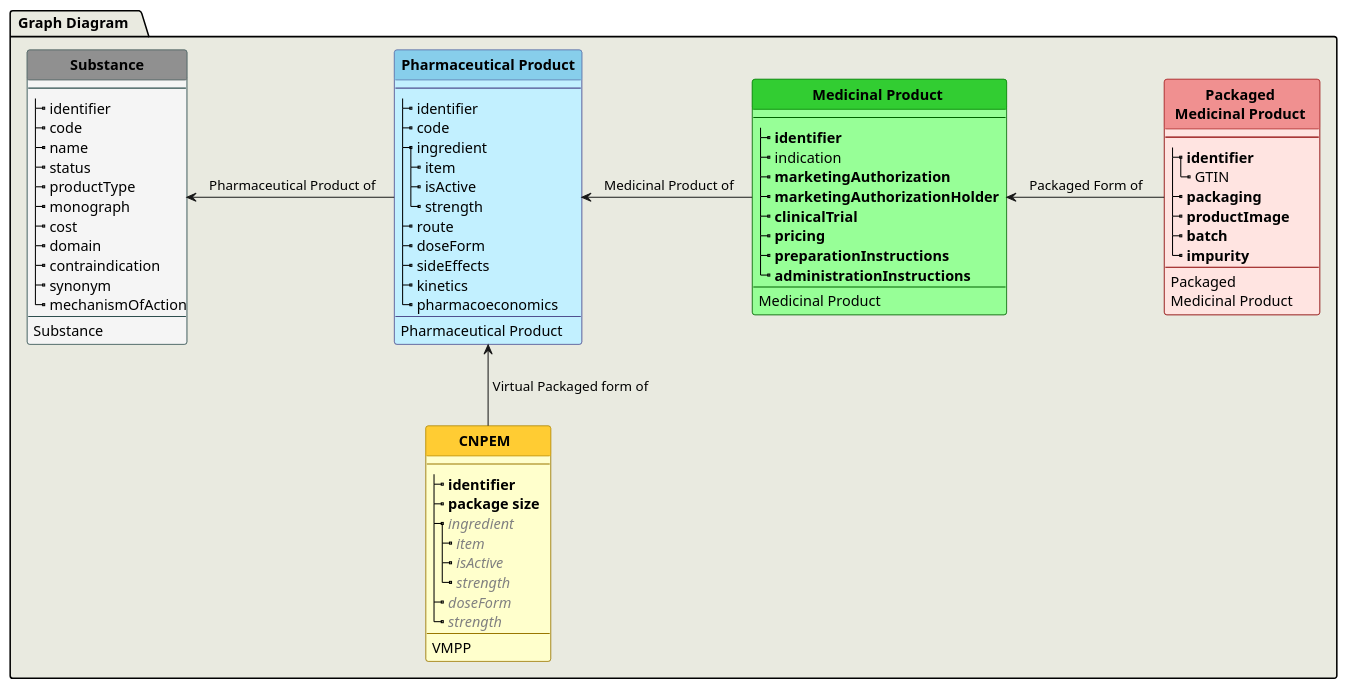
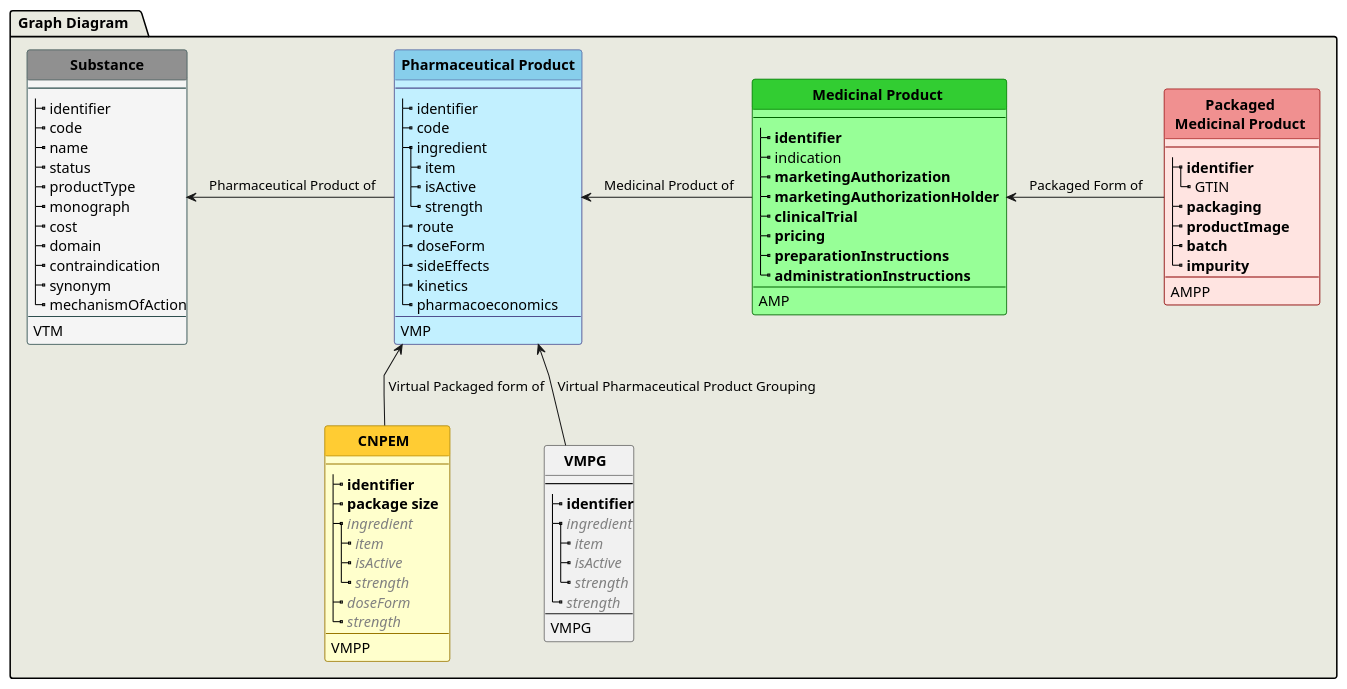
Before and after one commit to joofio/medIG: the diagram in input/images-source/diagram.plantuml, drawn with PlantUML. The commit also changed 3 other files, not shown here.

Commit message:
examples and changes diagram

```diff
--- a/input/images-source/diagram.plantuml
+++ b/input/images-source/diagram.plantuml
@@ -1,140 +1,153 @@
 @startuml
 hide stereotype
 hide circle
 skinparam linetype polyline
 skinparam shadowing false
 
 
 '!pragma graphviz_dot smetana
 
 
 
 skinparam class<<S>> {
  BorderColor DarkSlateGray
  BackgroundColor WhiteSmoke
  HeaderBackgroundColor #909090
 }
 
 skinparam class<<VMPP>> {
  BorderColor #997700
  BackgroundColor BUSINESS
  HeaderBackgroundColor #ffcc33
 }
 
 skinparam class<<PhP>> {
  BorderColor #505090
  BackgroundColor APPLICATION
  HeaderBackgroundColor SkyBlue
 }
 
 skinparam class<<Oth>> {
  BorderColor #99770055
  BackgroundColor #FFFFE055
  HeaderBackgroundColor #ffDD7344
  HeaderFontColor 	#ffcc3355
 }
 
 skinparam class<<MP>> {
  BorderColor DarkGreen
  BackgroundColor PHYSICAL
  HeaderBackgroundColor LimeGreen
 }
 
 
 skinparam class<<PMP>> {
  BorderColor DarkRed
  BackgroundColor MistyRose
  HeaderBackgroundColor #f09090
 }
 
 
 
   package " Graph Diagram   " as MR #E9EAE0 {
     class "**Substance**" as S<<S>> {
       --
       |_ identifier
       |_ code    
       |_ name
       |_ status
       |_ productType
       |_ monograph
       |_ cost
       |_ domain
       |_ contraindication
       |_ synonym
       |_ mechanismOfAction
       --
-      Substance  
+      VTM  
     }
 
     class " **Pharmaceutical Product** " as PhP<<PhP>> {
       --
       |_ identifier
       |_ code
       |_ ingredient
         |_ item
         |_ isActive
         |_ strength
 '      |_ productType
       |_ route
       |_ doseForm
       |_ sideEffects
       |_ kinetics
       |_ pharmacoeconomics
       --
-      Pharmaceutical Product
+      VMP
     }
 
     class " **Medicinal Product ** " as MP<<MP>>{
       --
       |_ **identifier**
       |_ indication
 '      |_ productType
       |_ **marketingAuthorization**
       |_ **marketingAuthorizationHolder  **
       |_ **clinicalTrial**
       |_ **pricing**
       |_ **preparationInstructions**
       |_ **administrationInstructions**
       --
-      Medicinal Product
+      AMP
     }
 
     class " **Packaged ** \n  **Medicinal Product **  " as PMP<<PMP>>{
       --
       |_ **identifier**
         |_ GTIN
       |_ **packaging**
       |_ **productImage**
       |_ **batch**
       |_ **impurity**
       --
-      Packaged\nMedicinal Product
+     AMPP
     }
 
     class " **CNPEM **  " as CNPEM <<VMPP>>{
       --
       |_ **identifier**
       |_ **package size**   
       |_ <color:gray>//ingredient//</color>
         |_ <color:gray>//item//
         |_ <color:gray>//isActive//
         |_ <color:gray>//strength//
       |_ <color:gray>//doseForm//
       |_ <color:gray>//strength//
       --
       VMPP
 }
 
+    class " **VMPG **  " as VMPG <<VMPG>>{
+      --
+      |_ **identifier**
+      |_ <color:gray>//ingredient//</color>
+        |_ <color:gray>//item//
+        |_ <color:gray>//isActive//
+        |_ <color:gray>//strength//
+      |_ <color:gray>//strength//
+      --
+      VMPG
+}
+
 
   S <-r- PhP: " Pharmaceutical Product of"
   
   PhP <-r- MP: " Medicinal Product of"
   
   PMP -l-> MP: " Packaged Form of "
   
   CNPEM -u-> PhP: " Virtual Packaged form of"
   'CNPEM -r[hidden]--> MP
-  
+    VMPG -u-> PhP: " Virtual Pharmaceutical Product Grouping"
+  'CNPEM -r[hidden]--> MP
 }
 @enduml
```
